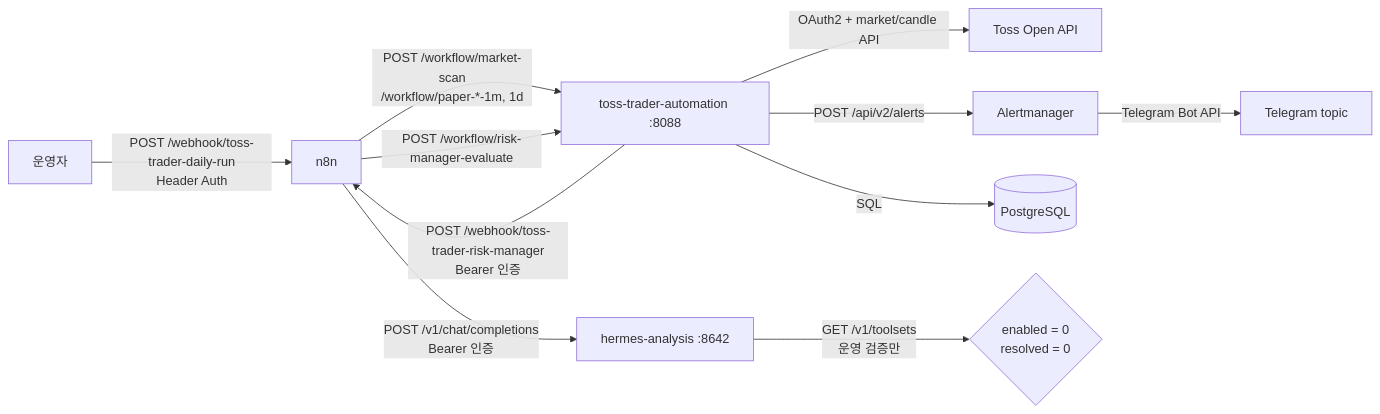
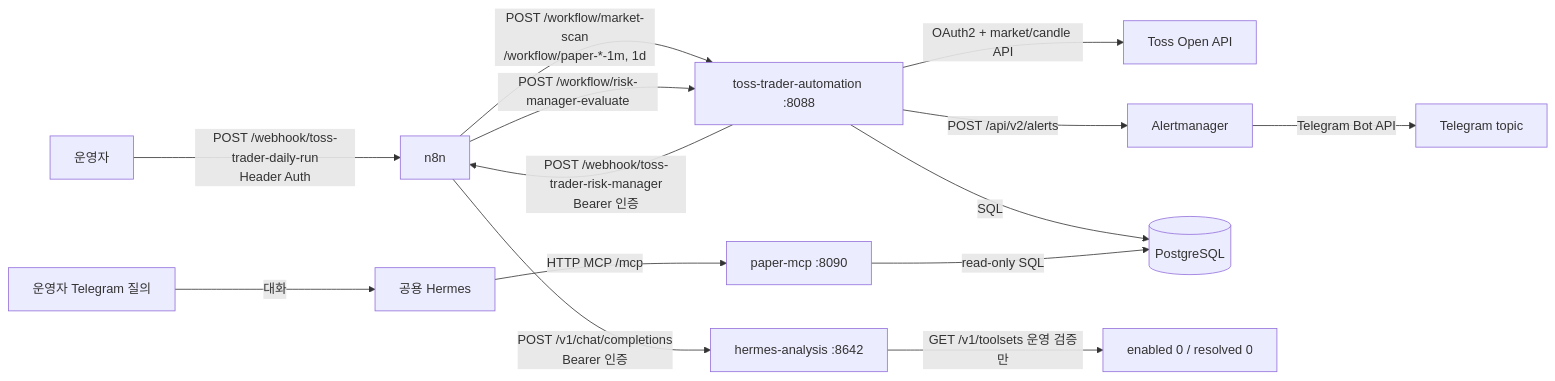
Before and after one commit to hunchulchoi/toss-trader: the third of 12 diagrams in docs/system-workflow.md, drawn with Mermaid. The commit also changed other lines of this file and 9 other files, not shown here.

First line of the commit message:
docs: wire paper MCP and snapshot P&L

````diff
--- a/docs/system-workflow.md
+++ b/docs/system-workflow.md
@@ -105,15 +117,18 @@
 ```mermaid
 flowchart LR
     OP[운영자] -->|POST /webhook/toss-trader-daily-run\nHeader Auth| N8N[n8n]
 
     N8N -->|POST /workflow/market-scan\n/workflow/paper-*-1m, 1d| AUTO[toss-trader-automation :8088]
     N8N -->|POST /v1/chat/completions\nBearer 인증| HERMES[hermes-analysis :8642]
     AUTO -->|POST /webhook/toss-trader-risk-manager\nBearer 인증| N8N
     N8N -->|POST /workflow/risk-manager-evaluate| AUTO
 
     AUTO -->|OAuth2 + market/candle API| TOSS[Toss Open API]
     AUTO -->|POST /api/v2/alerts| ALERT[Alertmanager]
     ALERT -->|Telegram Bot API| TG[Telegram topic]
+    ASK[운영자 Telegram 질의] -->|대화| PUB[공용 Hermes]
+    PUB -->|HTTP MCP /mcp| MCP[paper-mcp :8090]
     AUTO -->|SQL| DB[(PostgreSQL)]
-    HERMES -->|GET /v1/toolsets\n운영 검증만| TOOLSET{enabled = 0\nresolved = 0}
+    MCP -->|read-only SQL| DB
+    HERMES -->|GET /v1/toolsets 운영 검증만| TOOLSET[enabled 0 / resolved 0]
 ```
````
